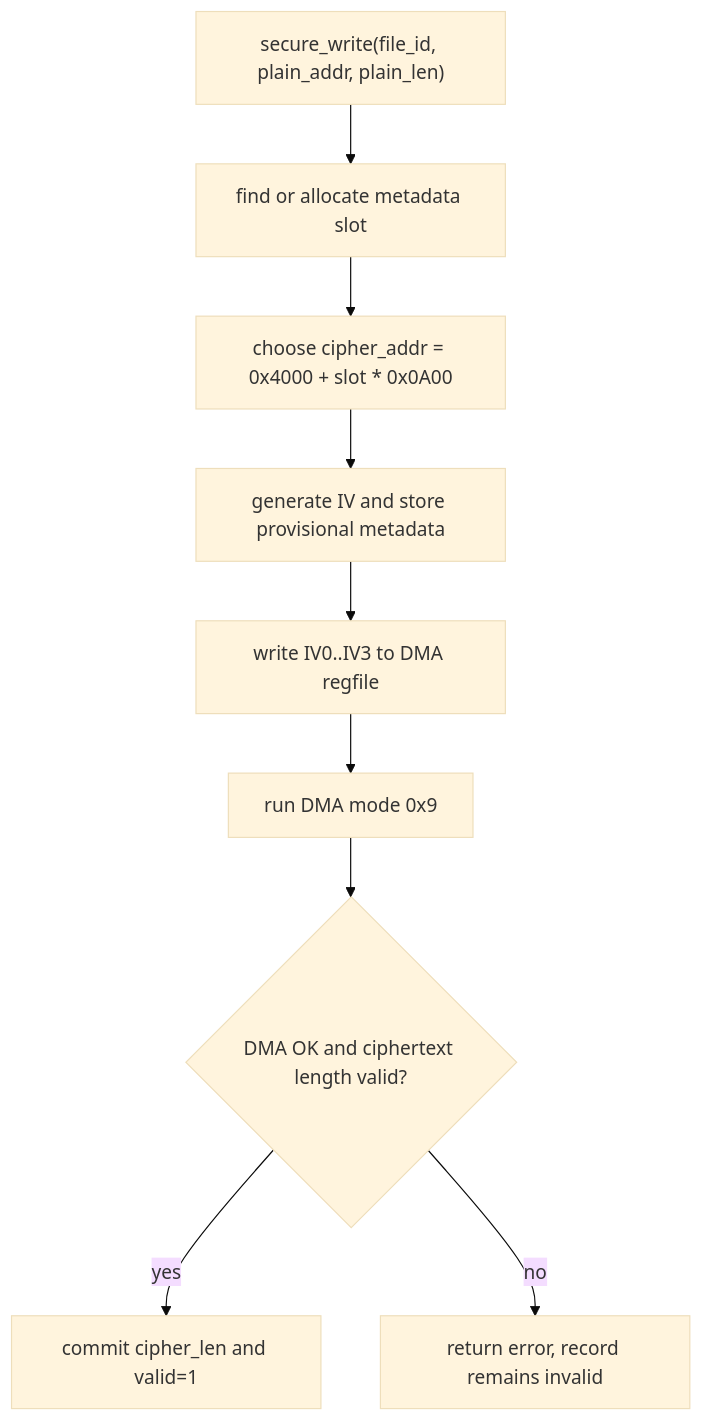
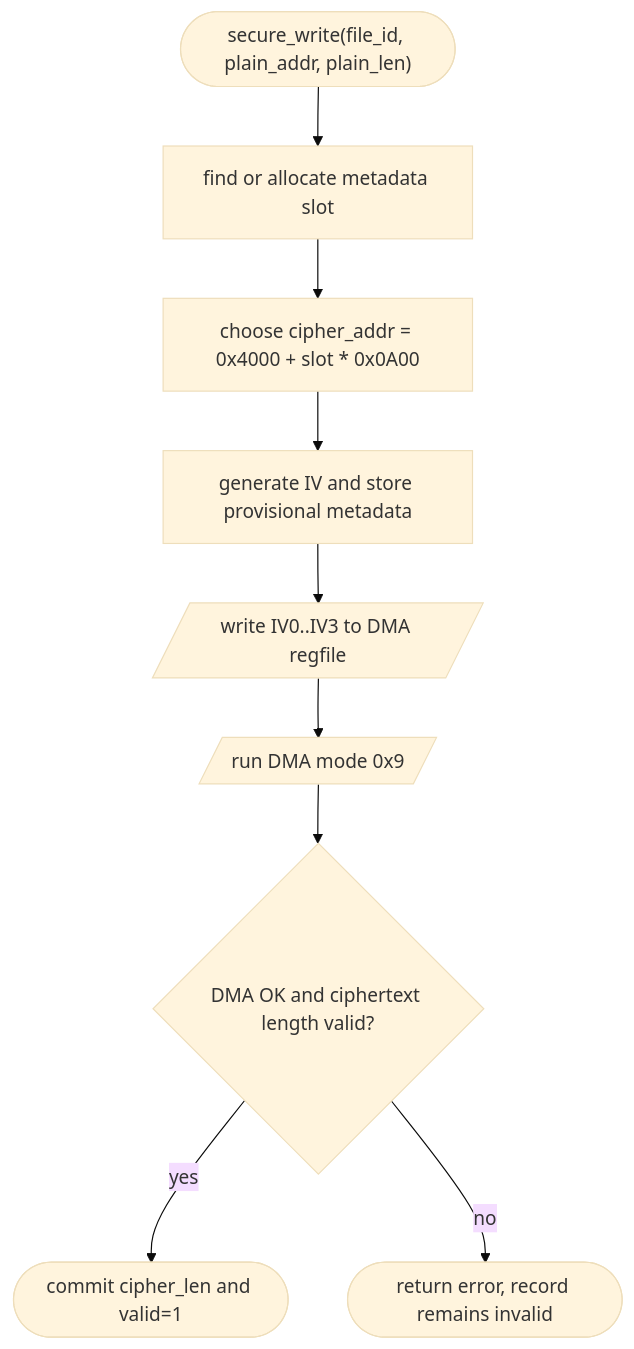
The second of 5 diagrams in docs/00_current_system_spec.md (ngoquocan139/AES_huffman_all6), drawn with Mermaid (base theme) before and after one commit. The commit also changed other lines of this file and 28 other files, not shown here.

````diff
--- a/docs/00_current_system_spec.md
+++ b/docs/00_current_system_spec.md
@@ -238,11 +238,11 @@
 ```mermaid
 flowchart TD
-  A["secure_write(file_id, plain_addr, plain_len)"] --> B["find or allocate metadata slot"]
+  A(["secure_write(file_id, plain_addr, plain_len)"]) --> B["find or allocate metadata slot"]
   B --> C["choose cipher_addr = 0x4000 + slot * 0x0A00"]
   C --> D["generate IV and store provisional metadata"]
-  D --> E["write IV0..IV3 to DMA regfile"]
-  E --> F["run DMA mode 0x9"]
+  D --> E[/"write IV0..IV3 to DMA regfile"/]
+  E --> F[/"run DMA mode 0x9"/]
   F --> G{"DMA OK and ciphertext length valid?"}
-  G -->|"yes"| H["commit cipher_len and valid=1"]
-  G -->|"no"| I["return error, record remains invalid"]
+  G -->|"yes"| H(["commit cipher_len and valid=1"])
+  G -->|"no"| I(["return error, record remains invalid"])
 ```
````
